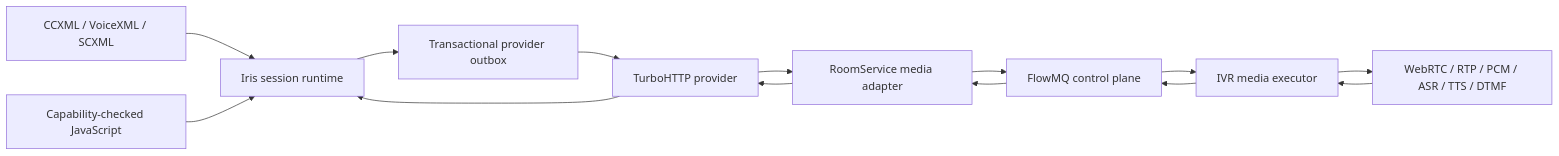
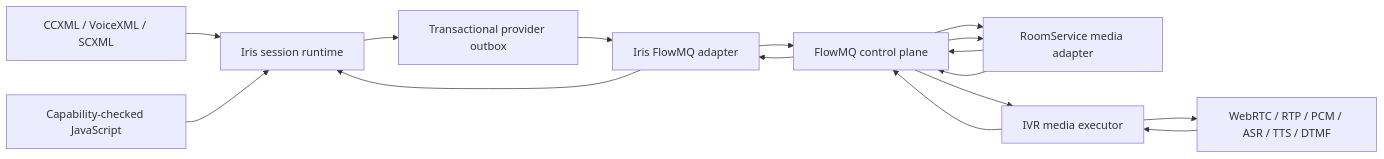
One commit to qigao/turbomedia changed the first of 2 diagrams in webrtc/docs/ivr-worker-architecture-zh.md. Above: the diagram before and after it, drawn with Mermaid. The commit also changed other lines of this file and 74 other files, not shown here.

Commit message:
refactor(webrtc): migrate FlowMQ and TurboDB ORM

````diff
--- a/webrtc/docs/ivr-worker-architecture-zh.md
+++ b/webrtc/docs/ivr-worker-architecture-zh.md
@@ -9,17 +9,17 @@
 ```mermaid
 flowchart LR
   XML[CCXML / VoiceXML / SCXML]
   JS[Capability-checked JavaScript]
   Iris[Iris session runtime]
   Outbox[Transactional provider outbox]
-  HTTP[TurboHTTP provider]
+  IrisMQ[Iris FlowMQ adapter]
   Room[RoomService media adapter]
   MQ[FlowMQ control plane]
   Worker[IVR media executor]
   Plane[WebRTC / RTP / PCM / ASR / TTS / DTMF]
 
   XML --> Iris
   JS --> Iris
-  Iris --> Outbox --> HTTP --> Room --> MQ --> Worker --> Plane
-  Plane --> Worker --> MQ --> Room --> HTTP --> Iris
+  Iris --> Outbox --> IrisMQ --> MQ --> Room --> MQ --> Worker --> Plane
+  Plane --> Worker --> MQ --> Room --> MQ --> IrisMQ --> Iris
 ```
````
